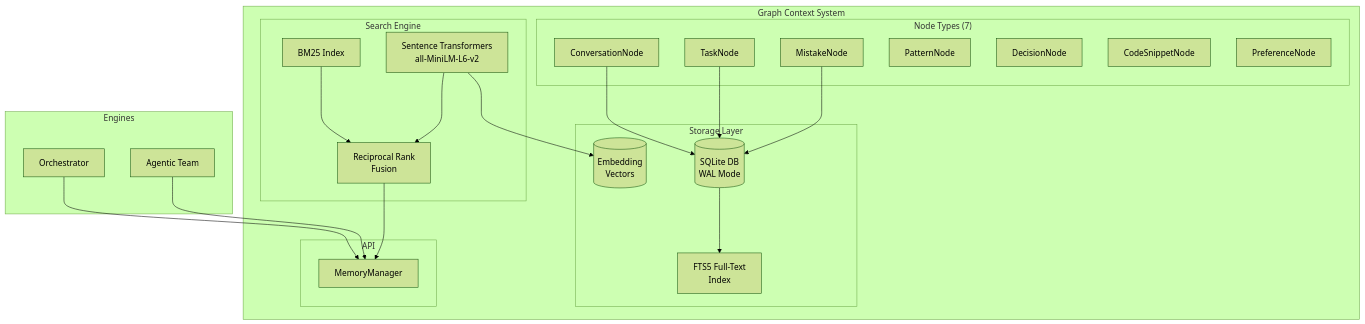
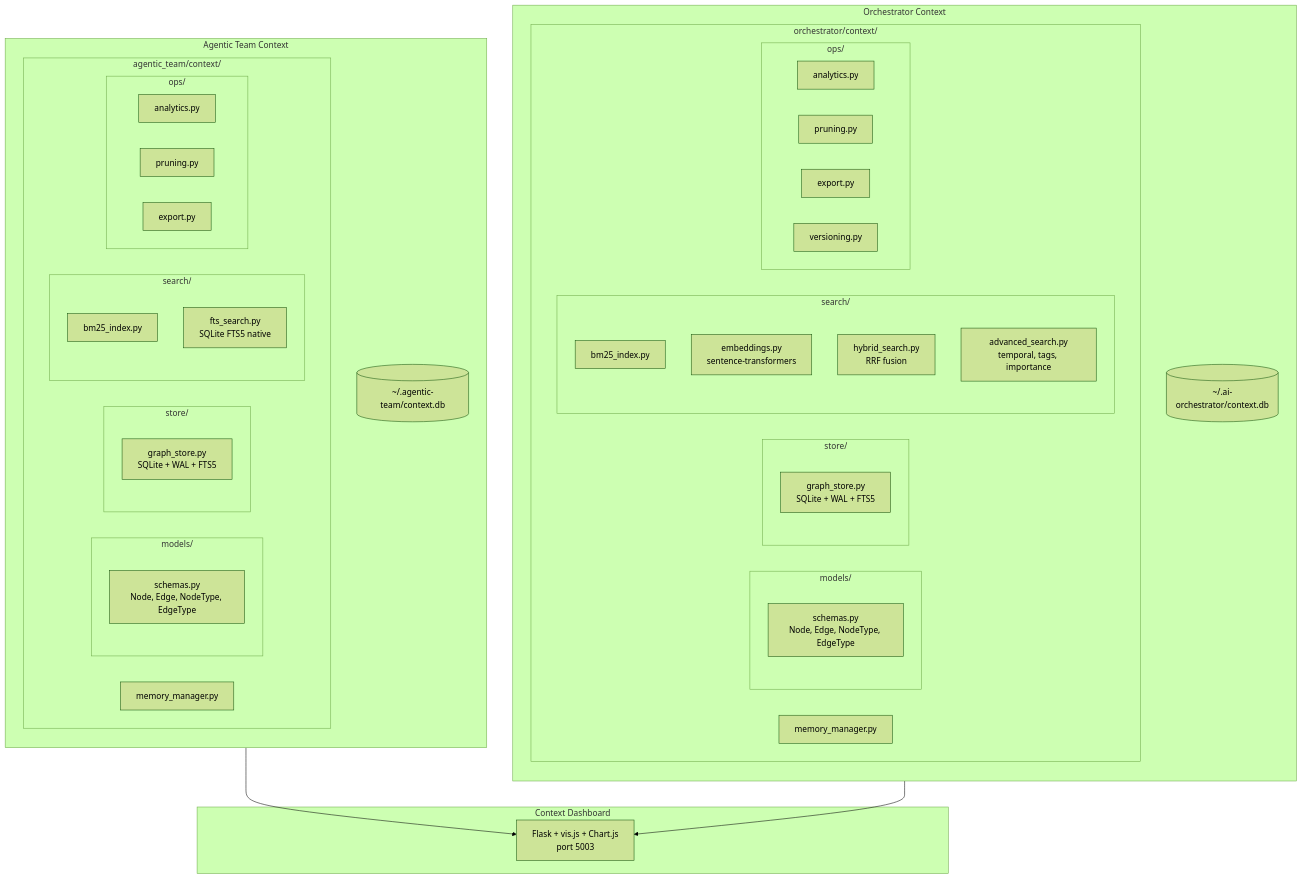
Diagram 20 of 27 in ARCHITECTURE.md (KhaiTrang1995/AI-Agents-Orchestrator), drawn with Mermaid (forest theme) before and after one commit. The commit also changed other lines of this file, not shown here.

First line of the commit message:
docs: expand Graph Context System and Agentic Infrastructure in ARCHITECTURE.md

````diff
--- a/ARCHITECTURE.md
+++ b/ARCHITECTURE.md
@@ -913,43 +915,58 @@
 ```mermaid
 graph TB
-    subgraph "Graph Context System"
-        subgraph "Storage Layer"
-            SQLITE[(SQLite DB<br/>WAL Mode)]
-            FTS5[FTS5 Full-Text<br/>Index]
-            VECTORS[(Embedding<br/>Vectors)]
-        end
-
-        subgraph "Node Types (7)"
-            CONV[ConversationNode]
-            TASK[TaskNode]
-            MISTAKE[MistakeNode]
-            PATTERN[PatternNode]
-            DECISION[DecisionNode]
-            CODE[CodeSnippetNode]
-            PREF[PreferenceNode]
-        end
-
-        subgraph "Search Engine"
-            BM25[BM25 Index]
-            EMBED[Sentence Transformers<br/>all-MiniLM-L6-v2]
-            RRF[Reciprocal Rank<br/>Fusion]
-        end
-
-        subgraph "API"
-            MM[MemoryManager]
+    subgraph "Orchestrator Context"
+        direction TB
+        ODB[(~/.ai-orchestrator/context.db)]
+        subgraph "orchestrator/context/"
+            OMM[memory_manager.py]
+            subgraph "models/"
+                OSCH[schemas.py<br/>Node, Edge, NodeType, EdgeType]
+            end
+            subgraph "store/"
+                OGS[graph_store.py<br/>SQLite + WAL + FTS5]
+            end
+            subgraph "search/"
+                OBM[bm25_index.py]
+                OEM[embeddings.py<br/>sentence-transformers]
+                OHY[hybrid_search.py<br/>RRF fusion]
+                OAD[advanced_search.py<br/>temporal, tags, importance]
+            end
+            subgraph "ops/"
+                OAN[analytics.py]
+                OPR[pruning.py]
+                OEX[export.py]
+                OVR[versioning.py]
+            end
         end
     end
 
-    subgraph "Engines"
-        ORCH[Orchestrator]
-        TEAM[Agentic Team]
+    subgraph "Agentic Team Context"
+        direction TB
+        ADB[(~/.agentic-team/context.db)]
+        subgraph "agentic_team/context/"
+            AMM[memory_manager.py]
+            subgraph "models/ "
+                ASCH[schemas.py<br/>Node, Edge, NodeType, EdgeType]
+            end
+            subgraph "store/ "
+                AGS[graph_store.py<br/>SQLite + WAL + FTS5]
+            end
+            subgraph "search/ "
+                ABM[bm25_index.py]
+                AFT[fts_search.py<br/>SQLite FTS5 native]
+            end
+            subgraph "ops/ "
+                AAN[analytics.py]
+                APR[pruning.py]
+                AEX[export.py]
+            end
+        end
     end
 
-    CONV & TASK & MISTAKE --> SQLITE
-    SQLITE --> FTS5
-    EMBED --> VECTORS
-    BM25 --> RRF
-    EMBED --> RRF
-    RRF --> MM
-    ORCH & TEAM --> MM
+    subgraph "Context Dashboard"
+        DASH[Flask + vis.js + Chart.js<br/>port 5003]
+    end
+
+    ODB --> DASH
+    ADB --> DASH
 ```
````
